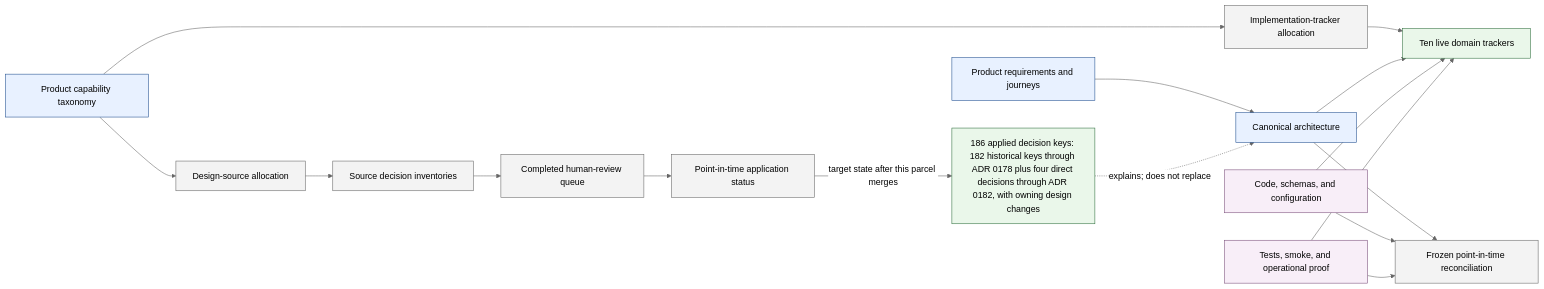
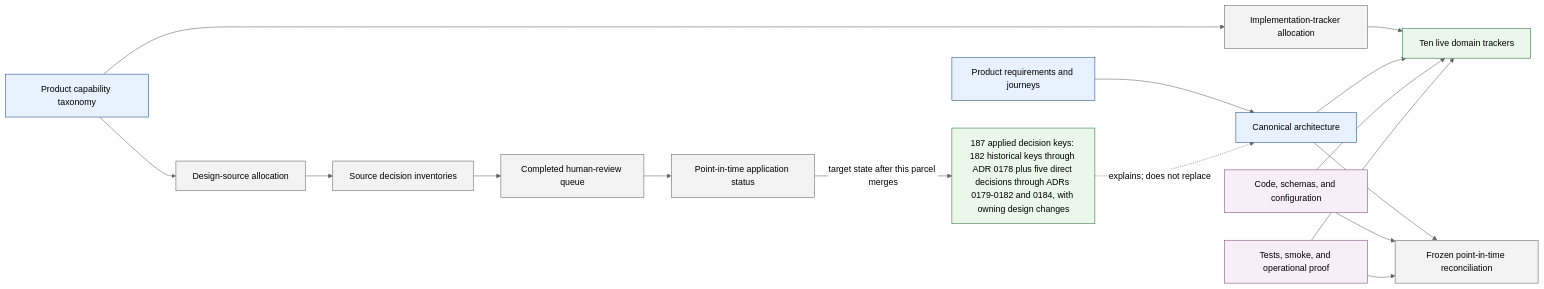
The diagram in design/project-management/design-alignment/README.md (benhook1013/FireMUD), drawn with Mermaid (neutral theme) before and after one commit. The commit also changed other lines of this file and 24 other files, not shown here.

````diff
--- a/design/project-management/design-alignment/README.md
+++ b/design/project-management/design-alignment/README.md
@@ -63,26 +63,26 @@
 ```mermaid
 flowchart LR
     PRODUCT[Product requirements and journeys]:::canonical --> ARCH[Canonical architecture]:::canonical
     TAXONOMY[Product capability taxonomy]:::canonical --> DESIGN_ALLOC[Design-source allocation]:::alignment
     DESIGN_ALLOC --> SOURCE_INV[Source decision inventories]:::alignment
     SOURCE_INV --> HUMAN_QUEUE[Completed human-review queue]:::alignment
     HUMAN_QUEUE --> APPLY[Point-in-time application status]:::alignment
-    APPLY -->|target state after this parcel merges| APPLIED_DECISIONS[186 applied decision keys: 182 historical keys through ADR 0178 plus four direct decisions through ADR 0182, with owning design changes]:::status
+    APPLY -->|target state after this parcel merges| APPLIED_DECISIONS[187 applied decision keys: 182 historical keys through ADR 0178 plus five direct decisions through ADRs 0179-0182 and 0184, with owning design changes]:::status
     APPLIED_DECISIONS -. explains; does not replace .-> ARCH
 
     TAXONOMY --> TRACKER_ALLOC[Implementation-tracker allocation]:::alignment
     TRACKER_ALLOC --> TRACKERS[Ten live domain trackers]:::status
     ARCH --> TRACKERS
     CODE[Code, schemas, and configuration]:::evidence --> TRACKERS
     PROOF[Tests, smoke, and operational proof]:::evidence --> TRACKERS
 
     ARCH --> RECON[Frozen point-in-time reconciliation]:::alignment
     CODE --> RECON
     PROOF --> RECON
 
     classDef canonical fill:#e8f1ff,stroke:#1f4f8f
     classDef alignment fill:#f3f3f3,stroke:#666
     classDef pending fill:#fff4d6,stroke:#9a6700
     classDef status fill:#eaf7ea,stroke:#2f6f3e
     classDef evidence fill:#f8eef8,stroke:#7a4e7a
 ```
````
